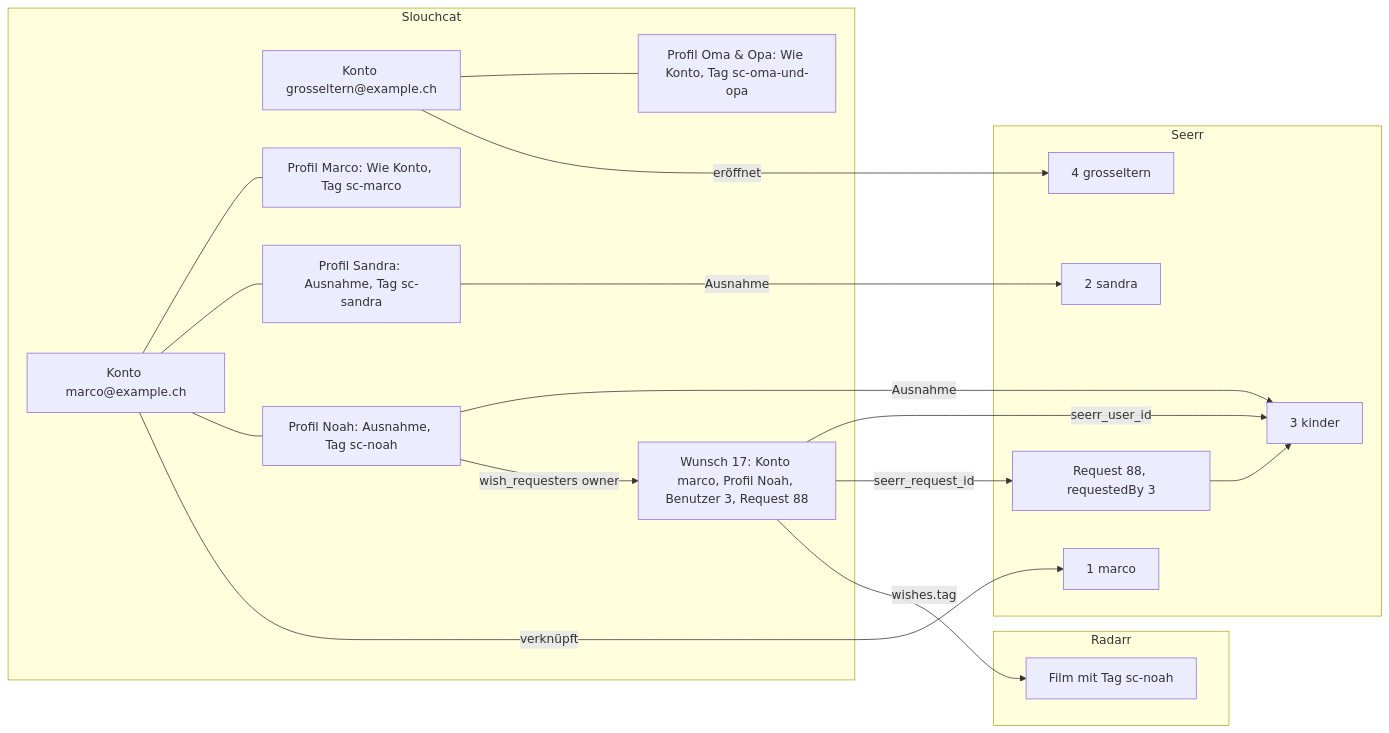
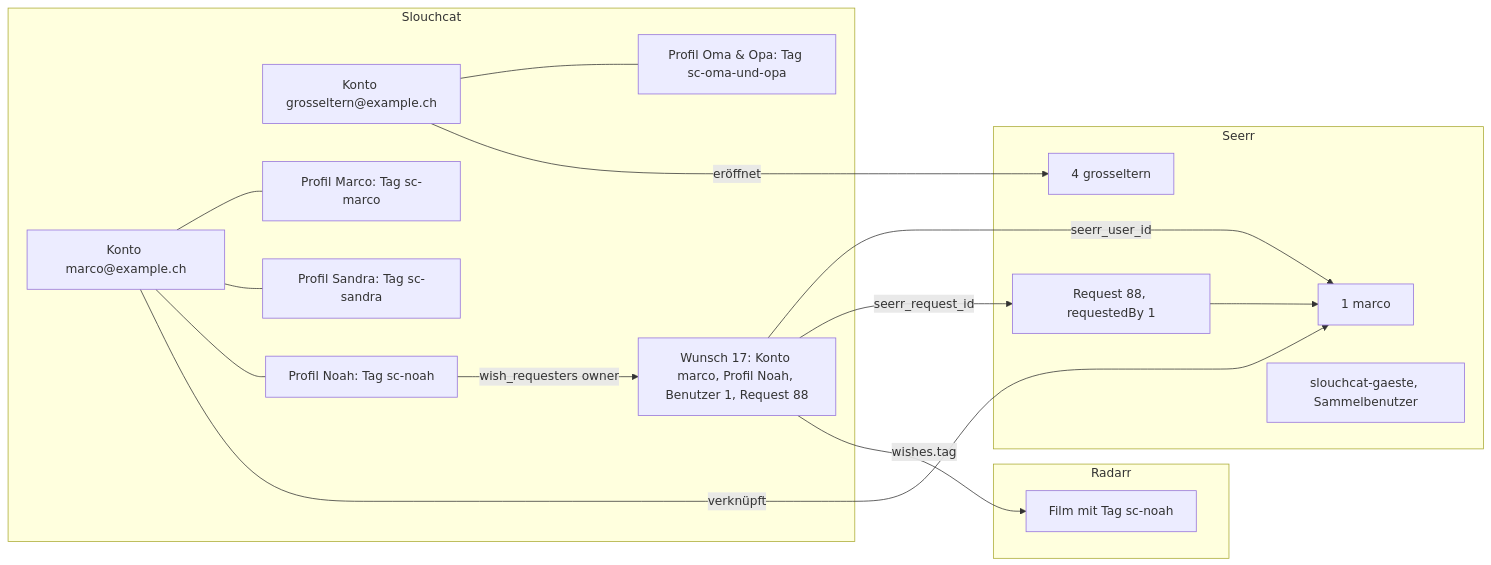
One commit to SlouchCat/slouchcat changed the second of 2 diagrams in docs/planning/25-medienwuensche/04-benutzer-profilmapping.md. Above: the diagram before and after it, drawn with Mermaid. The commit also changed other lines of this file and 11 other files, not shown here.

````diff
--- a/docs/planning/25-medienwuensche/04-benutzer-profilmapping.md
+++ b/docs/planning/25-medienwuensche/04-benutzer-profilmapping.md
@@ -228,35 +233,32 @@
 ```mermaid
 flowchart LR
   subgraph SC["Slouchcat"]
     K1["Konto marco@example.ch"]
     K2["Konto grosseltern@example.ch"]
-    PM["Profil Marco: Wie Konto, Tag sc-marco"]
-    PS["Profil Sandra: Ausnahme, Tag sc-sandra"]
-    PN["Profil Noah: Ausnahme, Tag sc-noah"]
-    PO["Profil Oma & Opa: Wie Konto, Tag sc-oma-und-opa"]
-    W1["Wunsch 17: Konto marco, Profil Noah, Benutzer 3, Request 88"]
+    PM["Profil Marco: Tag sc-marco"]
+    PS["Profil Sandra: Tag sc-sandra"]
+    PN["Profil Noah: Tag sc-noah"]
+    PO["Profil Oma & Opa: Tag sc-oma-und-opa"]
+    W1["Wunsch 17: Konto marco, Profil Noah, Benutzer 1, Request 88"]
   end
   subgraph JS["Seerr"]
     U1["1 marco"]
-    U2["2 sandra"]
-    U3["3 kinder"]
     U4["4 grosseltern"]
-    R88["Request 88, requestedBy 3"]
+    UG["slouchcat-gaeste, Sammelbenutzer"]
+    R88["Request 88, requestedBy 1"]
   end
   subgraph AR["Radarr"]
     F1["Film mit Tag sc-noah"]
   end
   K1 --- PM
   K1 --- PS
   K1 --- PN
   K2 --- PO
   K1 -- "verknüpft" --> U1
   K2 -- "eröffnet" --> U4
-  PS -- "Ausnahme" --> U2
-  PN -- "Ausnahme" --> U3
   PN -- "wish_requesters owner" --> W1
-  W1 -- "seerr_user_id" --> U3
+  W1 -- "seerr_user_id" --> U1
   W1 -- "seerr_request_id" --> R88
-  R88 --> U3
+  R88 --> U1
   W1 -- "wishes.tag" --> F1
 ```
````
